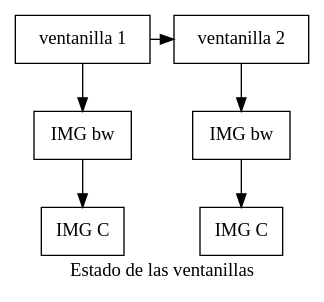
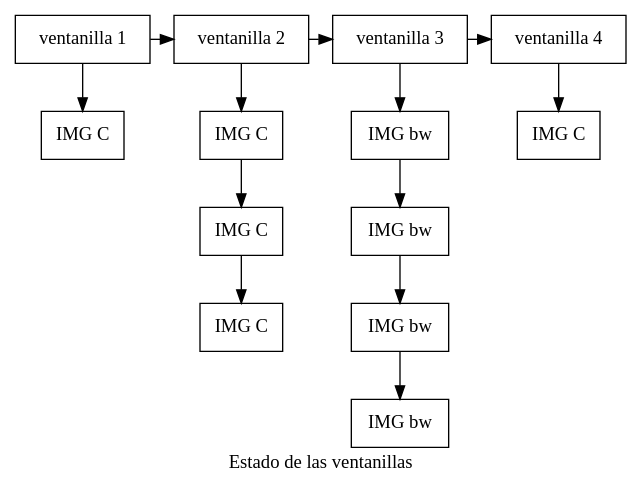
One commit to Kelly901/EDD_PROYECTO_FASE1_201900716 changed the diagram in [EDD]PROYECTO_FASE1_201900716/Proyecto1_Edd/ventanilla.dot. Above: the diagram before and after it, drawn with Graphviz. The commit also changed 54 other files, not shown here.

```diff
--- a/[EDD]PROYECTO_FASE1_201900716/Proyecto1_Edd/ventanilla.dot
+++ b/[EDD]PROYECTO_FASE1_201900716/Proyecto1_Edd/ventanilla.dot
@@ -1,18 +1,32 @@
 digraph G{
 label="Estado de las ventanillas";
 node[shape=box];
-nV1706377736[label="ventanilla 1"];
-nP1804094807[label="IMG bw"];
-nP951007336[label="IMG C"];
-nV468121027[label="ventanilla 2"];
-nP2001049719[label="IMG bw"];
-nP1528902577[label="IMG C"];
+nV1523554304[label="ventanilla 1"];
+nP918221580[label="IMG C"];
+nV1175962212[label="ventanilla 2"];
+nP1554547125[label="IMG C"];
+nP617901222[label="IMG C"];
+nP1159190947[label="IMG C"];
+nV2055281021[label="ventanilla 3"];
+nP798154996[label="IMG bw"];
+nP681842940[label="IMG bw"];
+nP1392838282[label="IMG bw"];
+nP523429237[label="IMG bw"];
+nV925858445[label="ventanilla 4"];
+nP664740647[label="IMG C"];
 
-nV1706377736->nV468121027;
-nV1706377736->nP1804094807;
-nP1804094807->nP951007336;
-nV468121027->nP2001049719;
-nP2001049719->nP1528902577;
+nV1523554304->nV1175962212;
+nV1523554304->nP918221580;
+nV1175962212->nV2055281021;
+nV1175962212->nP1554547125;
+nP1554547125->nP617901222;
+nP617901222->nP1159190947;
+nV2055281021->nV925858445;
+nV2055281021->nP798154996;
+nP798154996->nP681842940;
+nP681842940->nP1392838282;
+nP1392838282->nP523429237;
+nV925858445->nP664740647;
 
-{rank=same;nV1706377736;nV468121027;}
+{rank=same;nV1523554304;nV1175962212;nV2055281021;nV925858445;}
 }
```
